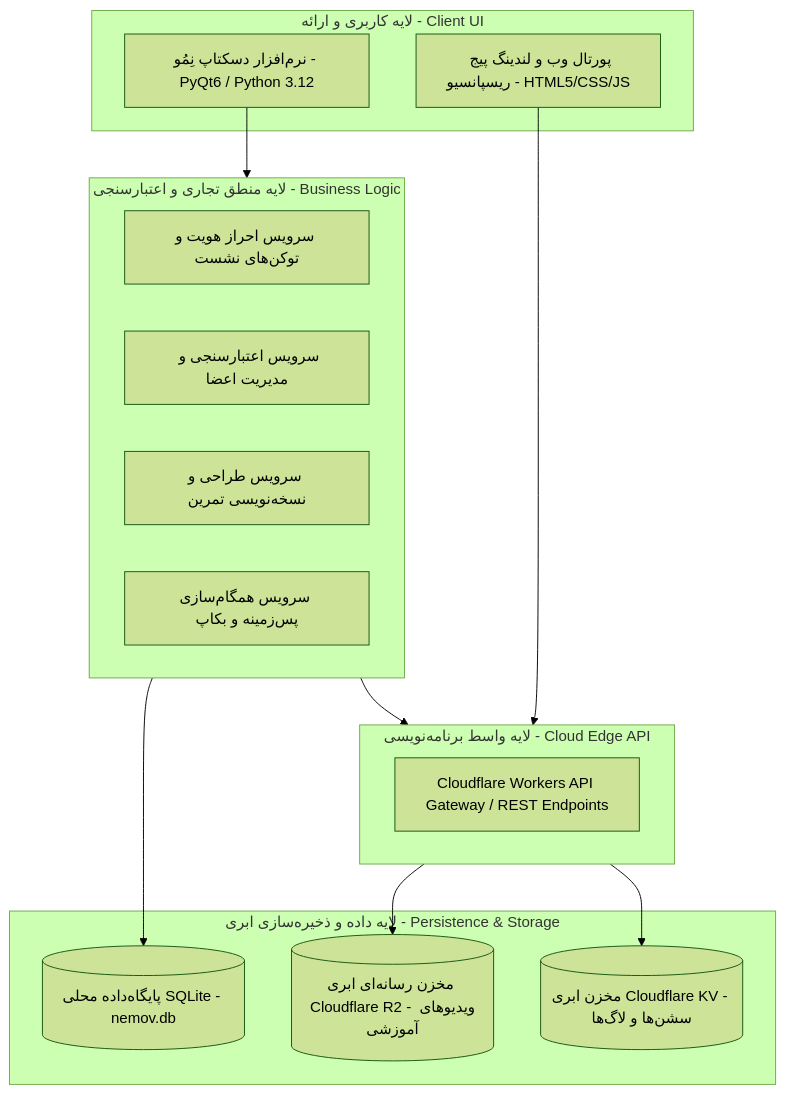
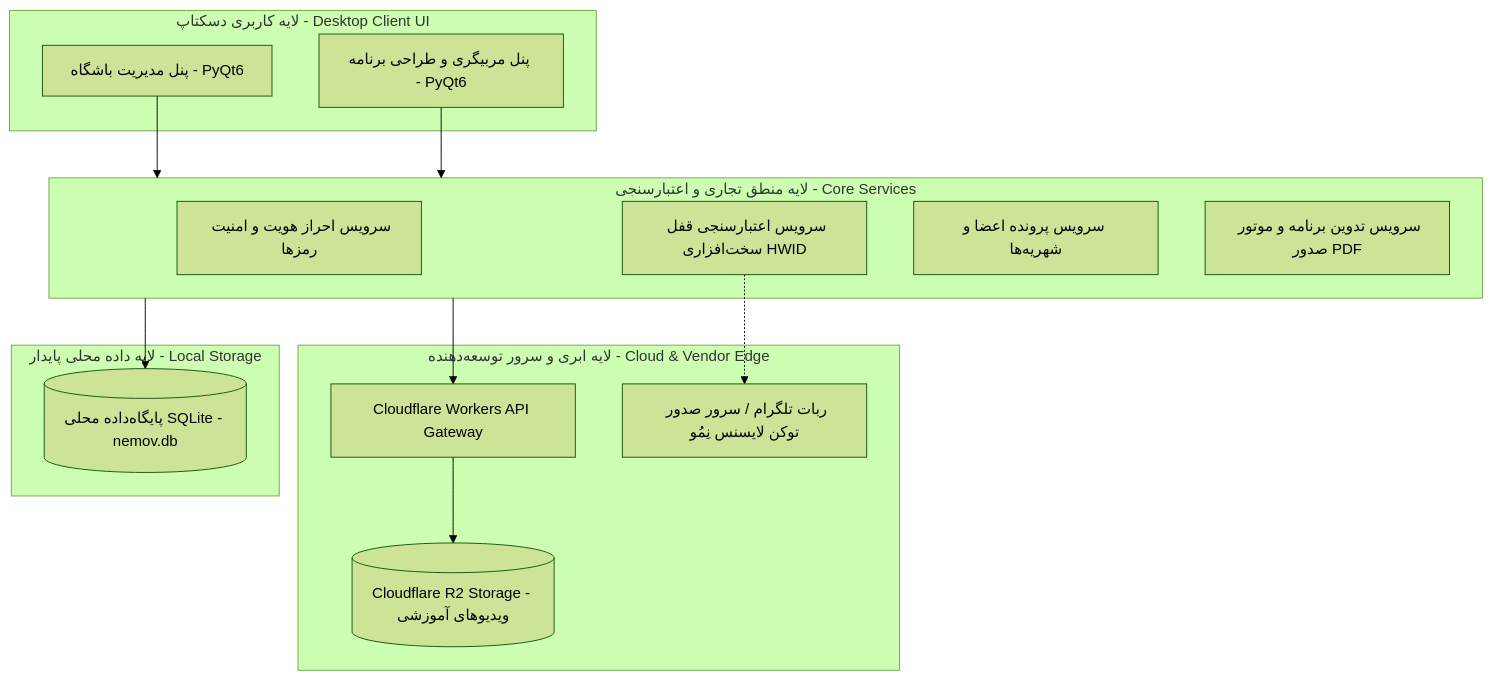
Before and after one commit to AbolfazlSamadi2006/Nemov-App: the third of 4 diagrams in docs/phase-2_diagrams-and-system-design/README.md, drawn with Mermaid (forest theme). The commit also changed other lines of this file and 1 other file, not shown here.

Commit message:
docs(ssad): refine personas, privacy-respecting access controls, license architecture, and UML diagrams

````diff
--- a/docs/phase-2_diagrams-and-system-design/README.md
+++ b/docs/phase-2_diagrams-and-system-design/README.md
@@ -81,31 +80,31 @@
 ```mermaid
 graph TD
-    subgraph ClientLayer [لایه کاربری و ارائه - Client UI]
-        DesktopApp[نرم‌افزار دسکتاپ نِمُو - PyQt6 / Python 3.12]
-        WebPortal[پورتال وب و لندینگ پیج ریسپانسیو - HTML5/CSS/JS]
+    subgraph ClientLayer [لایه کاربری دسکتاپ - Desktop Client UI]
+        AdminUI[پنل مدیریت باشگاه - PyQt6]
+        CoachUI[پنل مربیگری و طراحی برنامه - PyQt6]
     end
 
-    subgraph ServiceLayer [لایه منطق تجاری و اعتبارسنجی - Business Logic]
-        AuthService[سرویس احراز هویت و توکن‌های نشست]
-        MemberService[سرویس اعتبارسنجی و مدیریت اعضا]
-        WorkoutService[سرویس طراحی و نسخه‌نویسی تمرین]
-        SyncService[سرویس همگام‌سازی پس‌زمینه و بکاپ]
+    subgraph ServiceLayer [لایه منطق تجاری و اعتبارسنجی - Core Services]
+        AuthService[سرویس احراز هویت و امنیت رمزها]
+        LicenseManager[سرویس اعتبارسنجی قفل سخت‌افزاری HWID]
+        MemberService[سرویس پرونده اعضا و شهریه‌ها]
+        WorkoutService[سرویس تدوین برنامه و موتور صدور PDF]
     end
 
-    subgraph APILayer [لایه واسط برنامه‌نویسی - Cloud Edge API]
-        CloudflareWorker[Cloudflare Workers API Gateway / REST Endpoints]
+    subgraph PersistenceLayer [لایه داده محلی پایدار - Local Storage]
+        LocalDB[(پایگاه‌داده محلی SQLite - nemov.db)]
     end
 
-    subgraph PersistenceLayer [لایه داده و ذخیره‌سازی ابری - Persistence & Storage]
-        LocalDB[(پایگاه‌داده محلی SQLite - nemov.db)]
-        CloudR2[(مخزن رسانه‌ای ابری Cloudflare R2 - ویدیوهای آموزشی)]
-        CloudKV[(مخزن ابری Cloudflare KV - سشن‌ها و لاگ‌ها)]
+    subgraph CloudLayer [لایه ابری و سرور توسعه‌دهنده - Cloud & Vendor Edge]
+        CloudAPI[Cloudflare Workers API Gateway]
+        LicenseBot[ربات تلگرام / سرور صدور توکن لایسنس نِمُو]
+        MediaStorage[(Cloudflare R2 Storage - ویدیوهای آموزشی)]
     end
 
-    DesktopApp --> ServiceLayer
-    WebPortal --> APILayer
+    AdminUI --> ServiceLayer
+    CoachUI --> ServiceLayer
     ServiceLayer --> LocalDB
-    ServiceLayer --> APILayer
-    APILayer --> CloudR2
-    APILayer --> CloudKV
+    ServiceLayer --> CloudAPI
+    LicenseManager -.-> LicenseBot
+    CloudAPI --> MediaStorage
 ```
````
